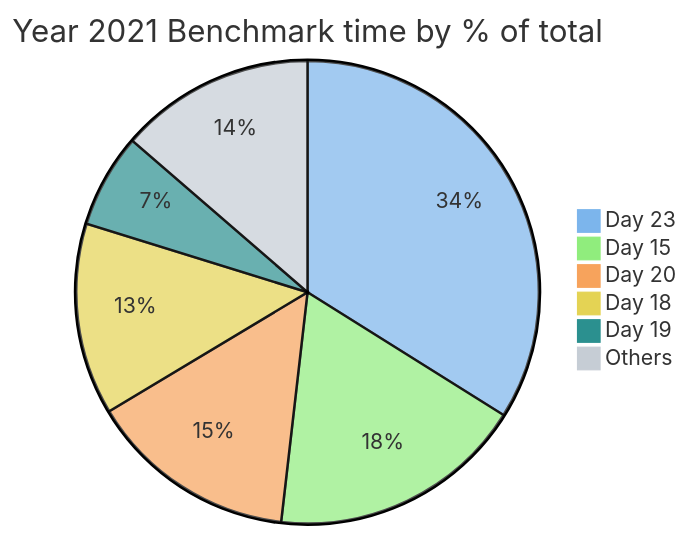
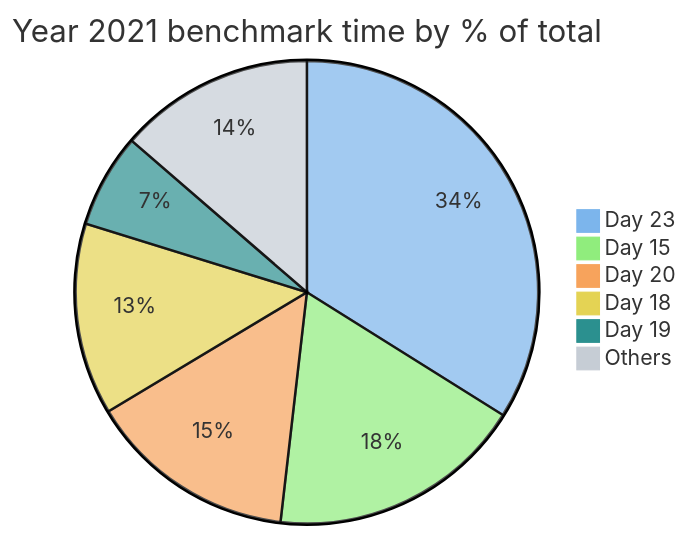
One commit to maneatingape/advent-of-code-rust changed the third of 4 diagrams in README.md. Above: the diagram before and after it, drawn with Mermaid. The commit also changed other lines of this file and 2 other files, not shown here.

````diff
--- a/README.md
+++ b/README.md
@@ -103,11 +103,11 @@
 ```mermaid
 %%{init: {'theme': 'base', 'themeVariables': { 'pie1': '#7cb5ec', 'pie2': '#90ed7d', 'pie3': '#f7a35c', 'pie4': '#e4d354', 'pie5': '#2b908f', 'pie6': '#c6cdd5'}}}%%
 pie
-    title Year 2021 Benchmark time by % of total
+    title Year 2021 benchmark time by % of total
     "Day 23" : 4821
     "Day 15" : 2547
     "Day 20" : 2072
     "Day 18" : 1904
     "Day 19" : 933
     "Others" : 1941
 ```
````
